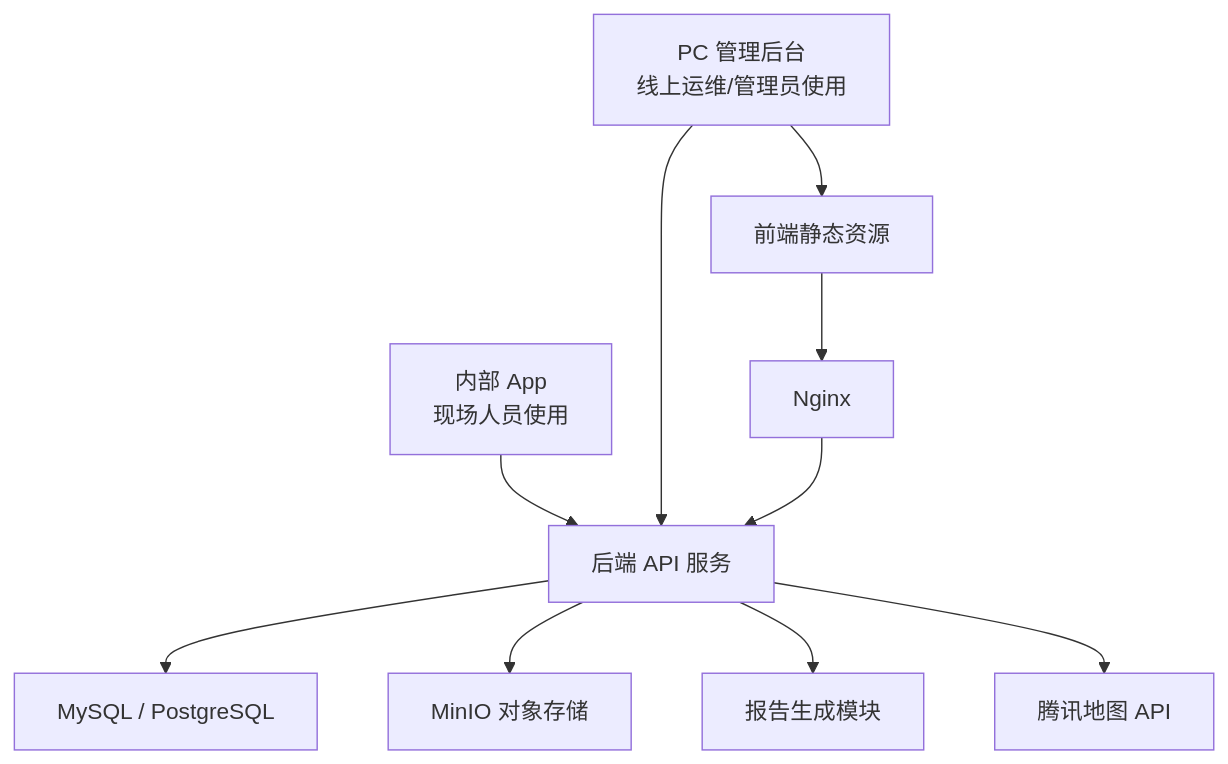
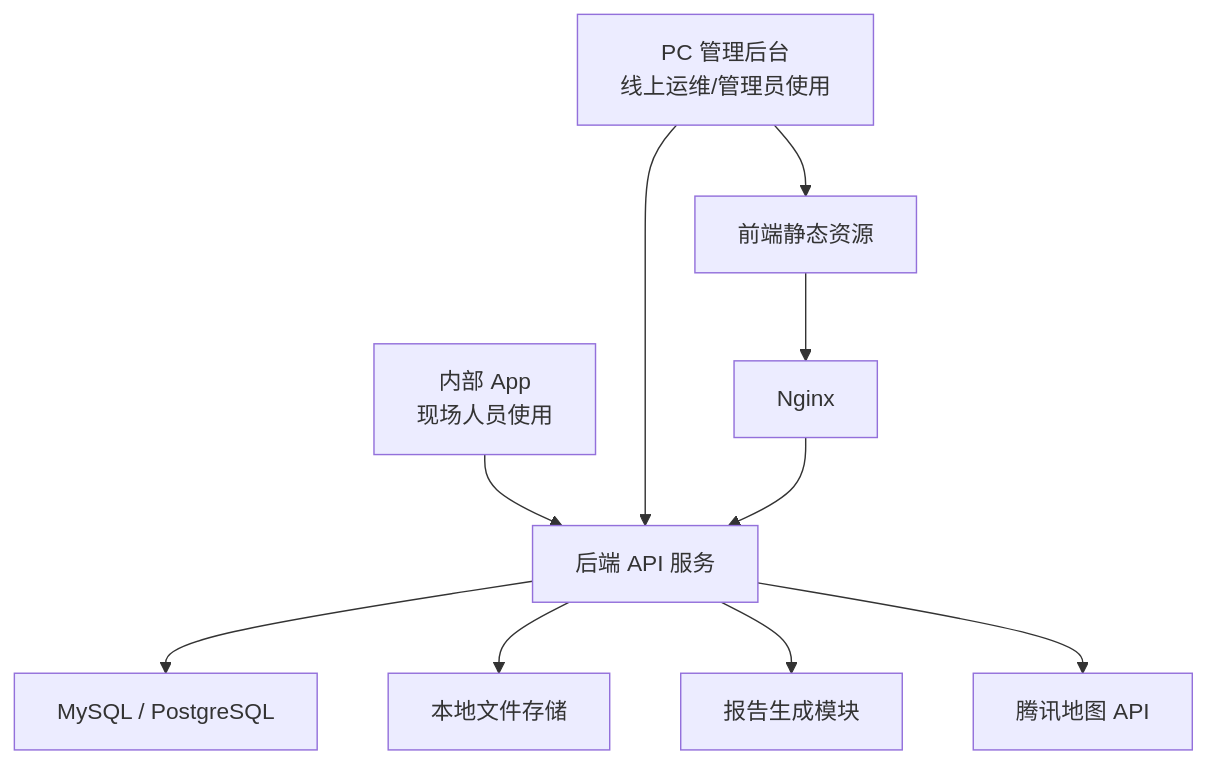
The first of 2 diagrams in docs/02-技术架构设计.md (Plutogbiu/met-mto), drawn with Mermaid before and after one commit. The commit also changed other lines of this file and 21 other files, not shown here.

````diff
--- a/docs/02-技术架构设计.md
+++ b/docs/02-技术架构设计.md
@@ -19,14 +19,14 @@
 ```mermaid
 flowchart TB
     App["内部 App<br/>现场人员使用"] --> API["后端 API 服务"]
     Admin["PC 管理后台<br/>线上运维/管理员使用"] --> API
 
     API --> DB["MySQL / PostgreSQL"]
-    API --> File["MinIO 对象存储"]
+    API --> File["本地文件存储"]
     API --> Report["报告生成模块"]
     API --> Map["腾讯地图 API"]
 
     Admin --> Static["前端静态资源"]
     Static --> Nginx["Nginx"]
     Nginx --> API
 ```
````
